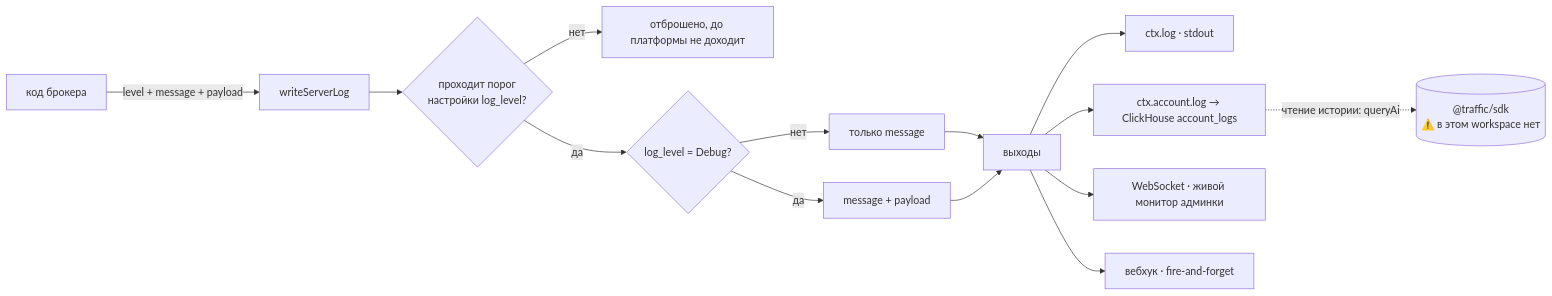
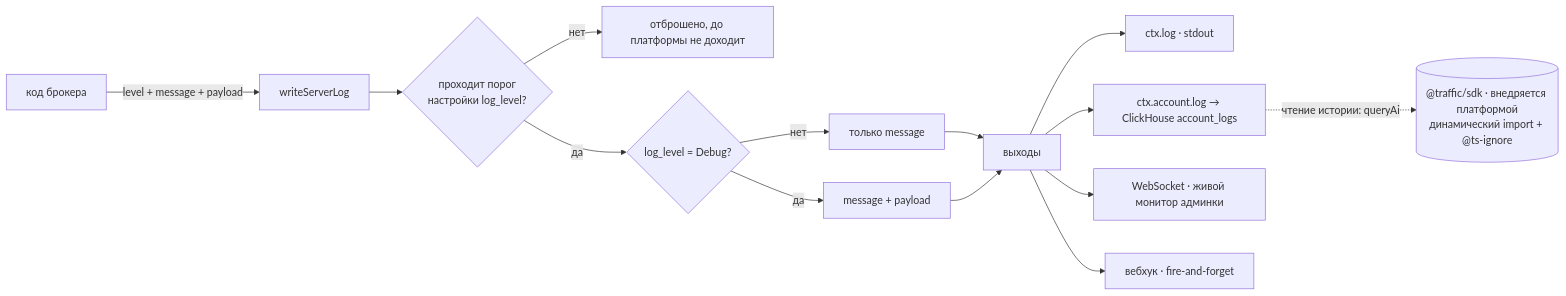
One commit to andrey-khudoley/Chatium changed the fourth of 10 diagrams in s.chtm.khudoley.pro/p/units/aley/bpm/core/docs/spec/spec-map.md. Above: the diagram before and after it, drawn with Mermaid. The commit also changed other lines of this file and 1 other file, not shown here.

````diff
--- a/s.chtm.khudoley.pro/p/units/aley/bpm/core/docs/spec/spec-map.md
+++ b/s.chtm.khudoley.pro/p/units/aley/bpm/core/docs/spec/spec-map.md
@@ -155,16 +155,16 @@
 ```mermaid
 flowchart LR
   C["код брокера"] -->|"level + message + payload"| W["writeServerLog"]
   W --> G{"проходит порог<br/>настройки log_level?"}
   G -->|"нет"| X["отброшено, до платформы не доходит"]
   G -->|"да"| P{"log_level = Debug?"}
   P -->|"нет"| M["только message"]
   P -->|"да"| MP["message + payload"]
   M --> O
   MP --> O
   O["выходы"] --> O1["ctx.log · stdout"]
   O --> O2["ctx.account.log → ClickHouse account_logs"]
   O --> O3["WebSocket · живой монитор админки"]
   O --> O4["вебхук · fire-and-forget"]
-  O2 -.->|"чтение истории: queryAi"| Q[("@traffic/sdk<br/>⚠️ в этом workspace нет")]
+  O2 -.->|"чтение истории: queryAi"| Q[("@traffic/sdk · внедряется платформой<br/>динамический import + @ts-ignore")]
 ```
````
